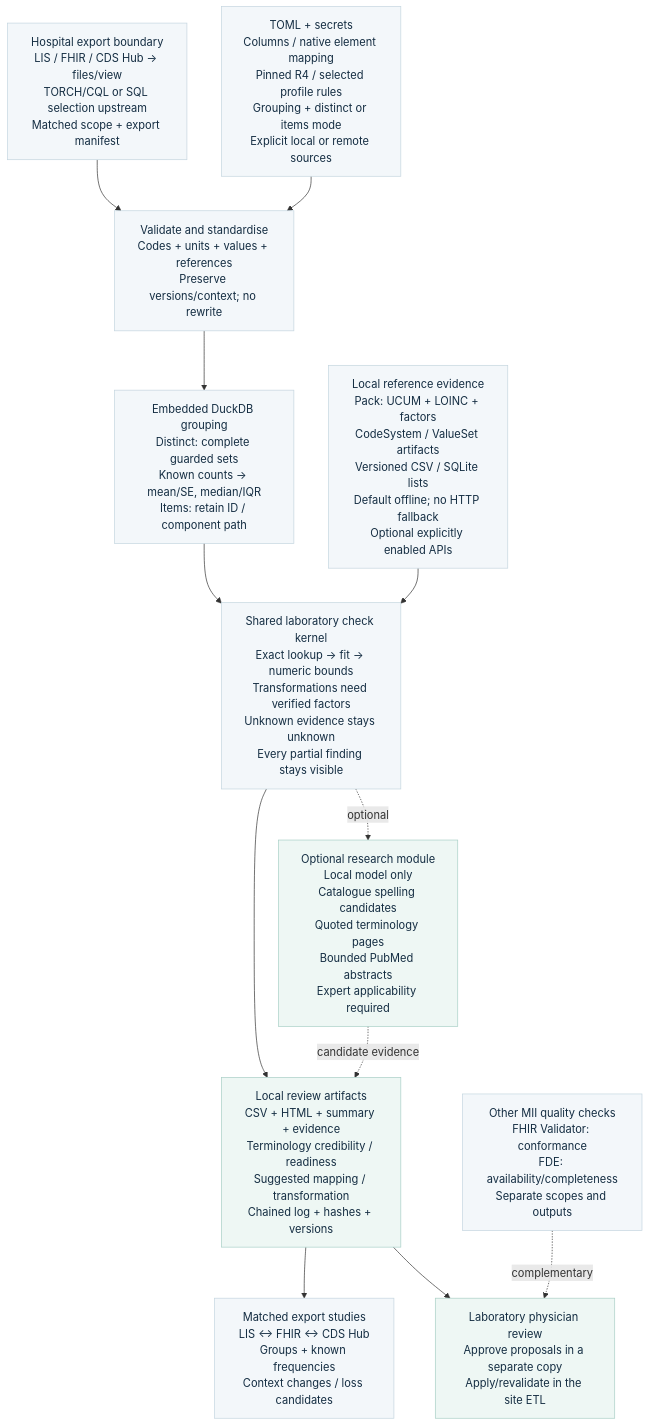
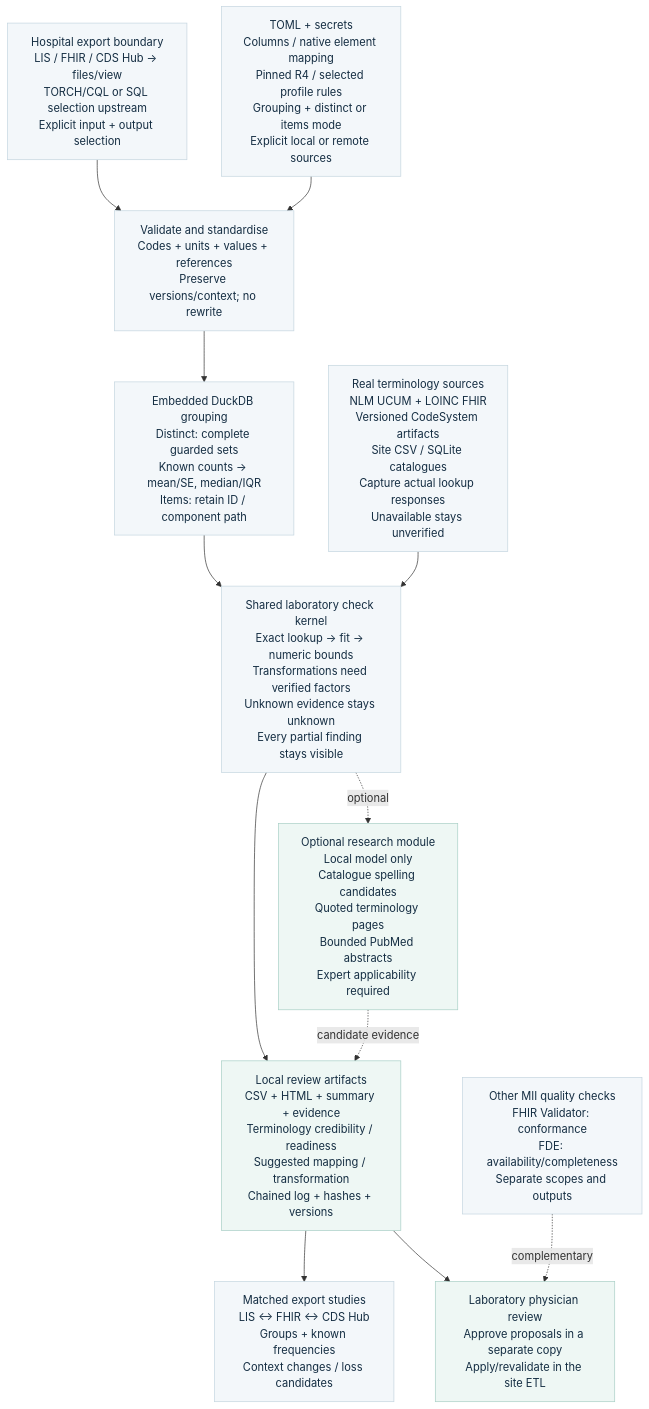
The diagram in docs/architecture.mmd (neumdan/semantic-plausibility), drawn with Mermaid before and after one commit. The commit also changed 94 other files, not shown here.

Commit message:
Use real terminology services and remove simulated lookup demos

```diff
--- a/docs/architecture.mmd
+++ b/docs/architecture.mmd
@@ -1,29 +1,29 @@
 %% Same node/edge contract as architecture.svg.
 flowchart TD
-    INPUT["Hospital export boundary<br/>LIS / FHIR / CDS Hub → files/view<br/>TORCH/CQL or SQL selection upstream<br/>Matched scope + export manifest"]
+    INPUT["Hospital export boundary<br/>LIS / FHIR / CDS Hub → files/view<br/>TORCH/CQL or SQL selection upstream<br/>Explicit input + output selection"]
     CONFIG["TOML + secrets<br/>Columns / native element mapping<br/>Pinned R4 / selected profile rules<br/>Grouping + distinct or items mode<br/>Explicit local or remote sources"]
     NORMAL["Validate and standardise<br/>Codes + units + values + references<br/>Preserve versions/context; no rewrite"]
     GROUP["Embedded DuckDB grouping<br/>Distinct: complete guarded sets<br/>Known counts → mean/SE, median/IQR<br/>Items: retain ID / component path"]
-    REF["Local reference evidence<br/>Pack: UCUM + LOINC + factors<br/>CodeSystem / ValueSet artifacts<br/>Versioned CSV / SQLite lists<br/>Default offline; no HTTP fallback<br/>Optional explicitly enabled APIs"]
+    REF["Real terminology sources<br/>NLM UCUM + LOINC FHIR<br/>Versioned CodeSystem artifacts<br/>Site CSV / SQLite catalogues<br/>Capture actual lookup responses<br/>Unavailable stays unverified"]
     CHECK["Shared laboratory check kernel<br/>Exact lookup → fit → numeric bounds<br/>Transformations need verified factors<br/>Unknown evidence stays unknown<br/>Every partial finding stays visible"]
     RESEARCH["Optional research module<br/>Local model only<br/>Catalogue spelling candidates<br/>Quoted terminology pages<br/>Bounded PubMed abstracts<br/>Expert applicability required"]
     QC["Other MII quality checks<br/>FHIR Validator: conformance<br/>FDE: availability/completeness<br/>Separate scopes and outputs"]
     OUTPUT["Local review artifacts<br/>CSV + HTML + summary + evidence<br/>Terminology credibility / readiness<br/>Suggested mapping / transformation<br/>Chained log + hashes + versions"]
     STUDY["Matched export studies<br/>LIS ↔ FHIR ↔ CDS Hub<br/>Groups + known frequencies<br/>Context changes / loss candidates"]
     EXPERT["Laboratory physician review<br/>Approve proposals in a separate copy<br/>Apply/revalidate in the site ETL"]
     INPUT --> NORMAL
     CONFIG --> NORMAL
     NORMAL --> GROUP
     GROUP --> CHECK
     REF --> CHECK
     CHECK -.-> |"optional"| RESEARCH
     CHECK --> OUTPUT
     RESEARCH -.-> |"candidate evidence"| OUTPUT
     OUTPUT --> STUDY
     OUTPUT --> EXPERT
     QC -.-> |"complementary"| EXPERT
     classDef normal fill:#f3f7fa,stroke:#c4d5df,color:#142d42
     class INPUT,CONFIG,NORMAL,GROUP,REF,CHECK,QC,STUDY normal
     classDef teal fill:#eef7f4,stroke:#a8cfc6,color:#142d42
     class RESEARCH,OUTPUT,EXPERT teal
     classDef error fill:#fcf1f3,stroke:#ecc7cf,color:#142d42
```
